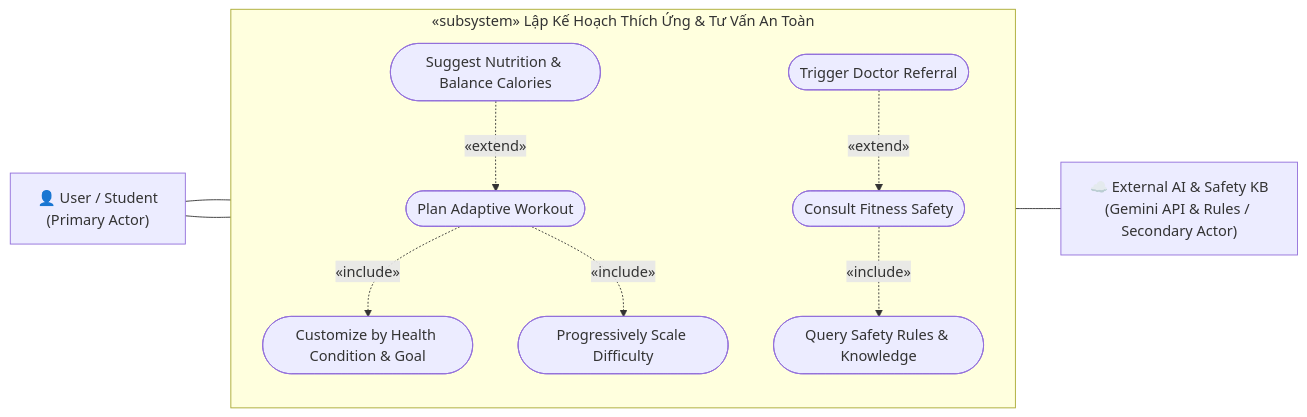
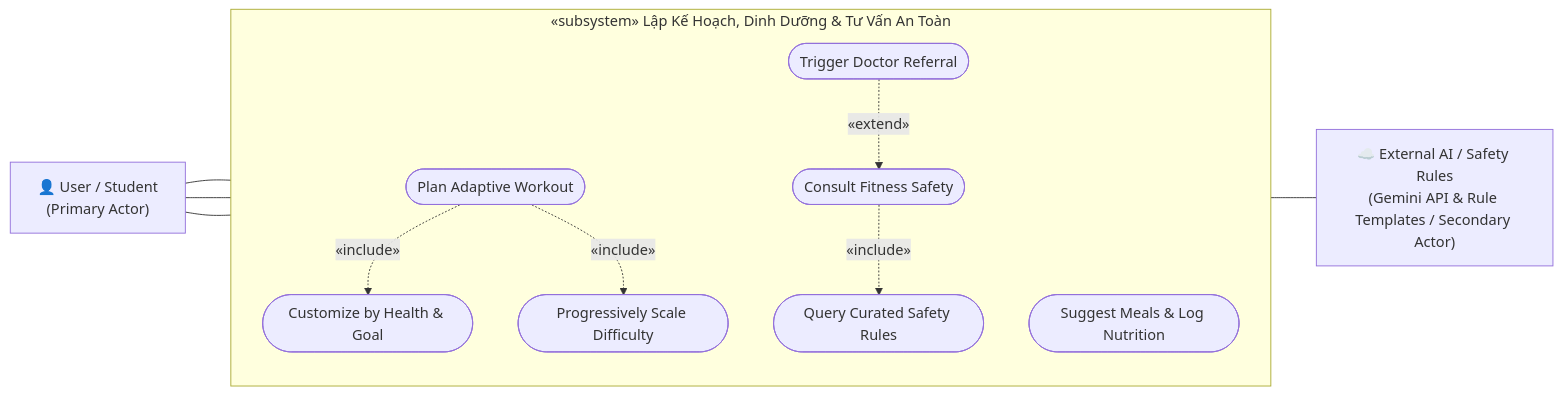
One commit to NewFace819/FitLens changed the first of 6 diagrams in docs/USE_CASE_DIAGRAM.md. Above: the diagram before and after it, drawn with Mermaid. The commit also changed other lines of this file and 3 other files, not shown here.

Commit message:
docs: standardize use cases, unify post-workout RPE 1-10, remove calorie compensation, and add concise architecture

````diff
--- a/docs/USE_CASE_DIAGRAM.md
+++ b/docs/USE_CASE_DIAGRAM.md
@@ -17,27 +23,29 @@
 ```mermaid
 flowchart LR
-    subgraph Subsys1 ["«subsystem» Lập Kế Hoạch Thích Ứng & Tư Vấn An Toàn"]
+    subgraph Subsys1 ["«subsystem» Lập Kế Hoạch, Dinh Dưỡng & Tư Vấn An Toàn"]
         direction TB
         UC_Plan(["Plan Adaptive Workout"])
-        UC_Custom(["Customize by Health Condition & Goal"])
+        UC_Custom(["Customize by Health & Goal"])
         UC_Prog(["Progressively Scale Difficulty"])
-        UC_Diet(["Suggest Nutrition & Balance Calories"])
+        
+        UC_Diet(["Suggest Meals & Log Nutrition"])
+        
         UC_Consult(["Consult Fitness Safety"])
-        UC_SafetyRules(["Query Safety Rules & Knowledge"])
+        UC_SafetyRules(["Query Curated Safety Rules"])
         UC_Doc(["Trigger Doctor Referral"])
     end
 
     User["👤 User / Student\n(Primary Actor)"]
-    ExternalAI["☁️ External AI & Safety KB\n(Gemini API & Rules / Secondary Actor)"]
+    ExternalAI["☁️ External AI / Safety Rules\n(Gemini API & Rule Templates / Secondary Actor)"]
 
     User --- UC_Plan
+    User --- UC_Diet
     User --- UC_Consult
 
     UC_Plan -.->|«include»| UC_Custom
     UC_Plan -.->|«include»| UC_Prog
-    UC_Diet -.->|«extend»| UC_Plan
 
     UC_Consult -.->|«include»| UC_SafetyRules
     UC_Doc -.->|«extend»| UC_Consult
     UC_SafetyRules --- ExternalAI
 ```
````
